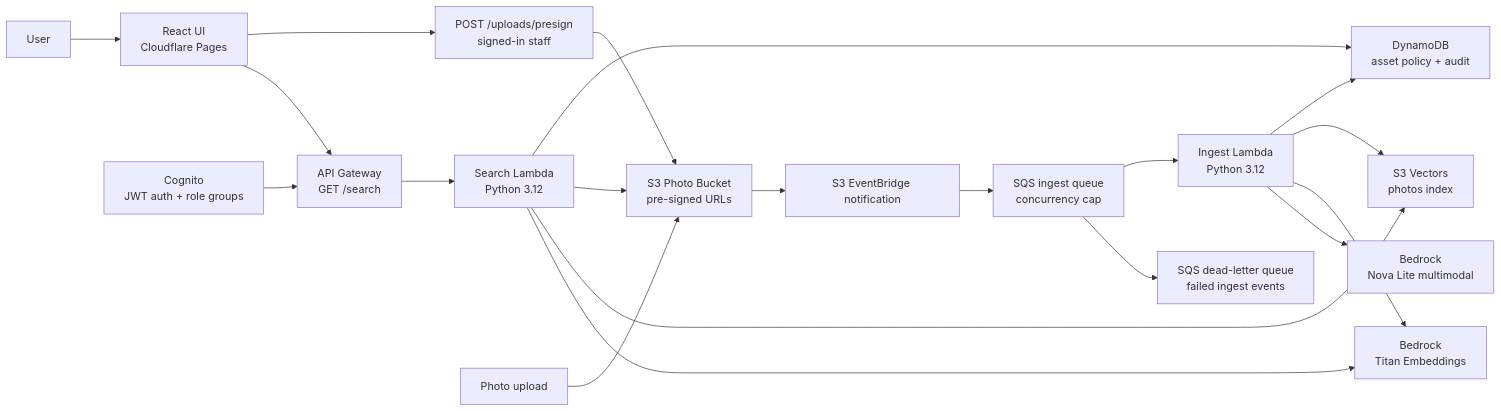
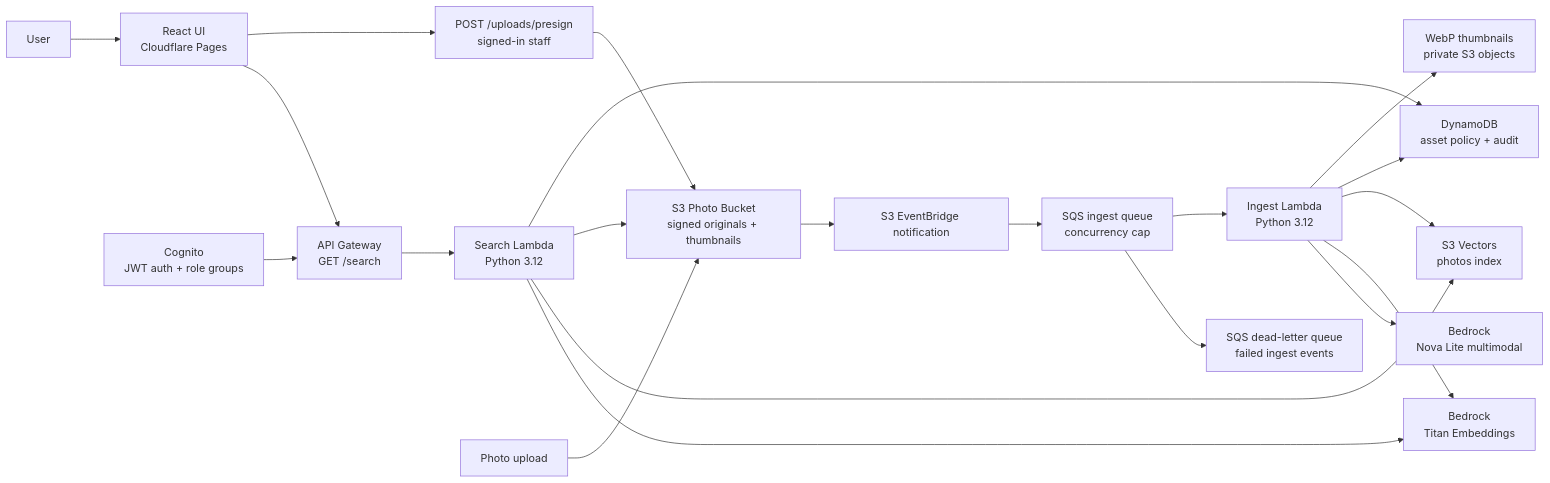
The diagram in README.md (manynames3/photoscribe-ai), drawn with Mermaid before and after one commit. The commit also changed other lines of this file and 44 other files, not shown here.

````diff
--- a/README.md
+++ b/README.md
@@ -92,23 +120,24 @@
 ```mermaid
 flowchart LR
     user["User"] --> ui["React UI<br/>Cloudflare Pages"]
     ui --> api["API Gateway<br/>GET /search"]
     api --> search["Search Lambda<br/>Python 3.12"]
     auth["Cognito<br/>JWT auth + role groups"] --> api
     search --> embed["Bedrock<br/>Titan Embeddings"]
     search --> vectors["S3 Vectors<br/>photos index"]
-    search --> photos["S3 Photo Bucket<br/>pre-signed URLs"]
+    search --> photos["S3 Photo Bucket<br/>signed originals + thumbnails"]
     search --> governance["DynamoDB<br/>asset policy + audit"]
     ui --> upload["POST /uploads/presign<br/>signed-in staff"]
     upload --> photos
 
     uploader["Photo upload"] --> photos
     photos --> events["S3 EventBridge notification"]
     events --> queue["SQS ingest queue<br/>concurrency cap"]
     queue --> dlq["SQS dead-letter queue<br/>failed ingest events"]
     queue --> ingest["Ingest Lambda<br/>Python 3.12"]
     ingest --> nova["Bedrock<br/>Nova Lite multimodal"]
     ingest --> embed
     ingest --> vectors
     ingest --> governance
+    ingest --> thumbs["WebP thumbnails<br/>private S3 objects"]
 ```
````
